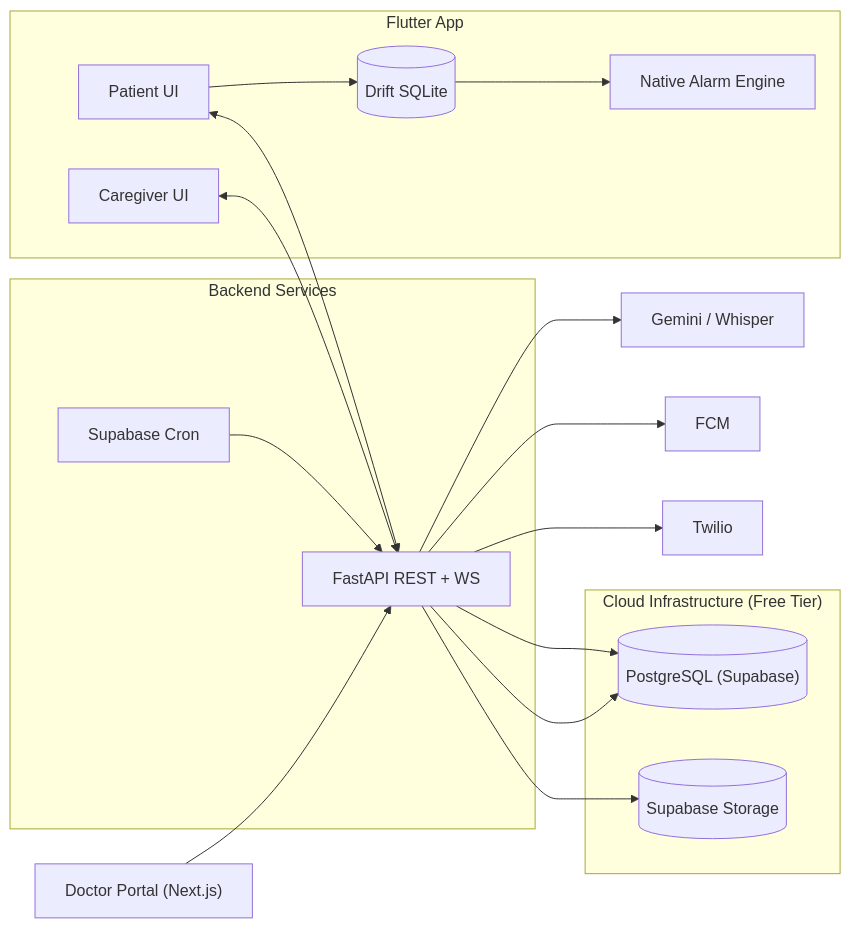
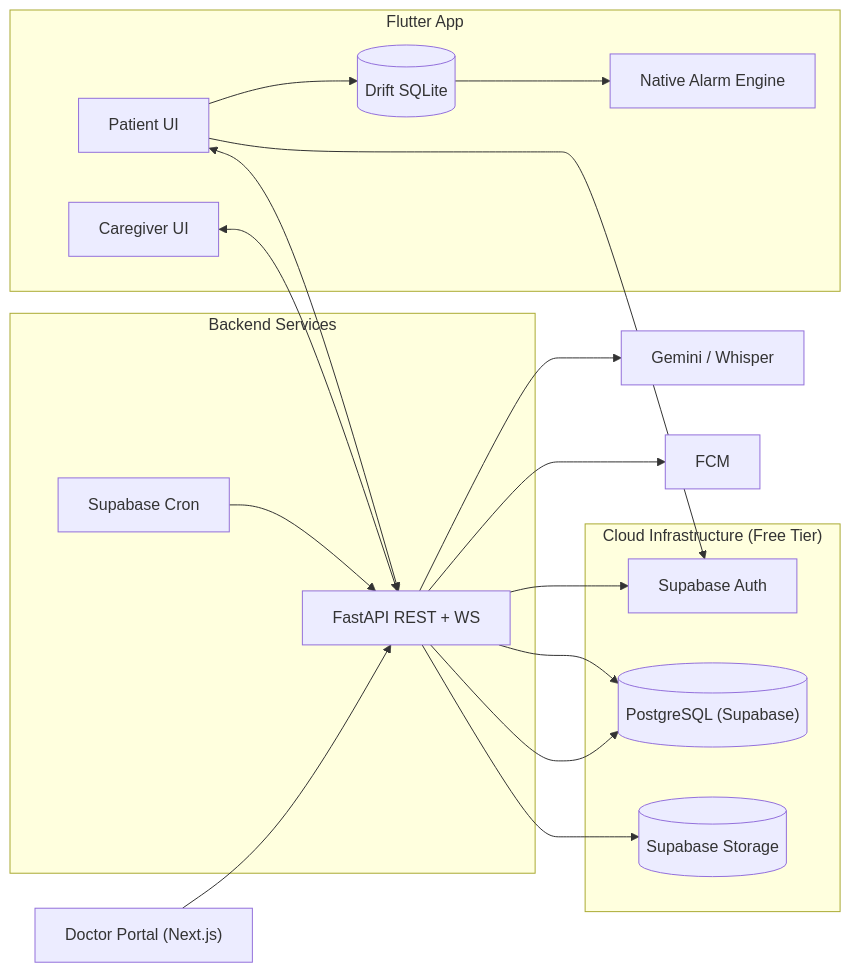
Before and after one commit to Youseefee/Medliva: the first of 3 diagrams in docs/MASTER_PLAN.md, drawn with Mermaid. The commit also changed other lines of this file and 171 other files, not shown here.

````diff
--- a/docs/MASTER_PLAN.md
+++ b/docs/MASTER_PLAN.md
@@ -101,33 +101,34 @@
 ```mermaid
 flowchart LR
   subgraph Mobile["Flutter App"]
     P["Patient UI"]
     C["Caregiver UI"]
     L[("Drift SQLite")]
     A["Native Alarm Engine"]
   end
   subgraph Server["Backend Services"]
     API["FastAPI REST + WS"]
     CRON["Supabase Cron"]
   end
   subgraph Cloud["Cloud Infrastructure (Free Tier)"]
+    AUTH["Supabase Auth"]
     PG[("PostgreSQL (Supabase)")]
     S3[("Supabase Storage")]
   end
   AI["Gemini / Whisper"]
   FCM["FCM"]
-  TW["Twilio"]
   DOC["Doctor Portal (Next.js)"]
 
   P --> L --> A
   P <--> API
   C <--> API
+  P --> AUTH
+  API --> AUTH
   API --> PG
   API --> S3
   API --> AI
   CRON --> API
   API --> FCM
-  API --> TW
   API --> PG
   DOC --> API
 ```
````
